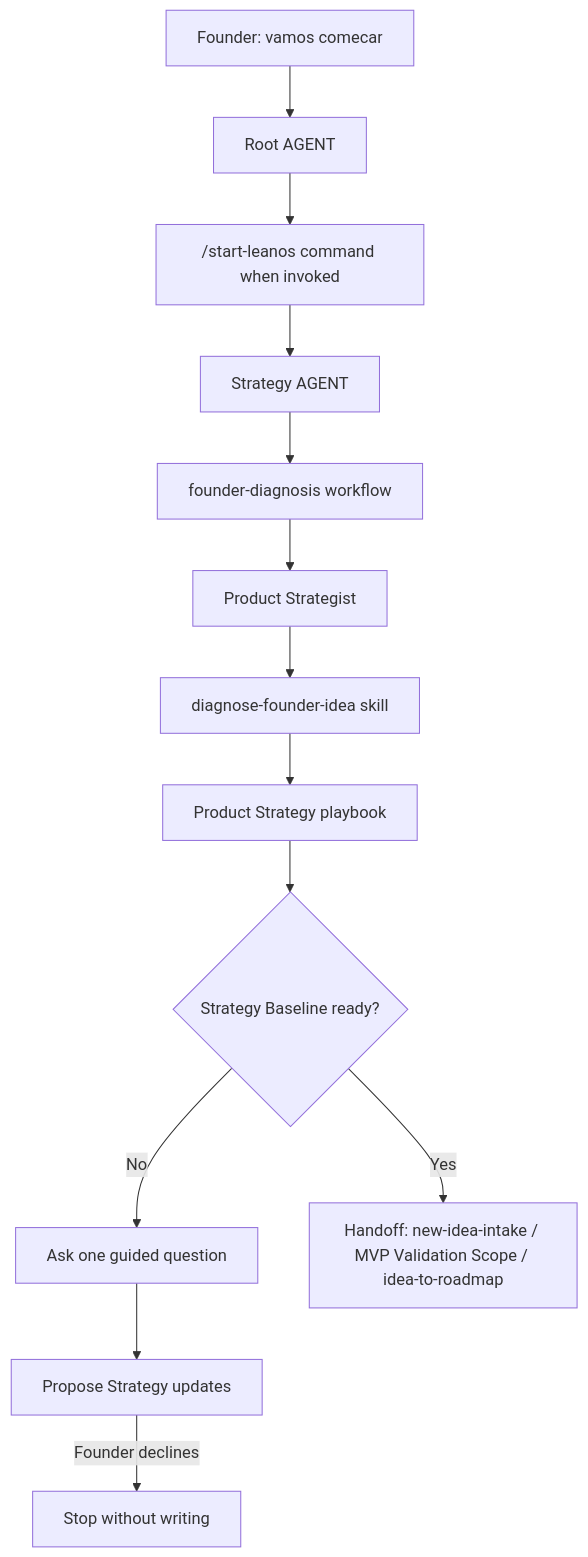
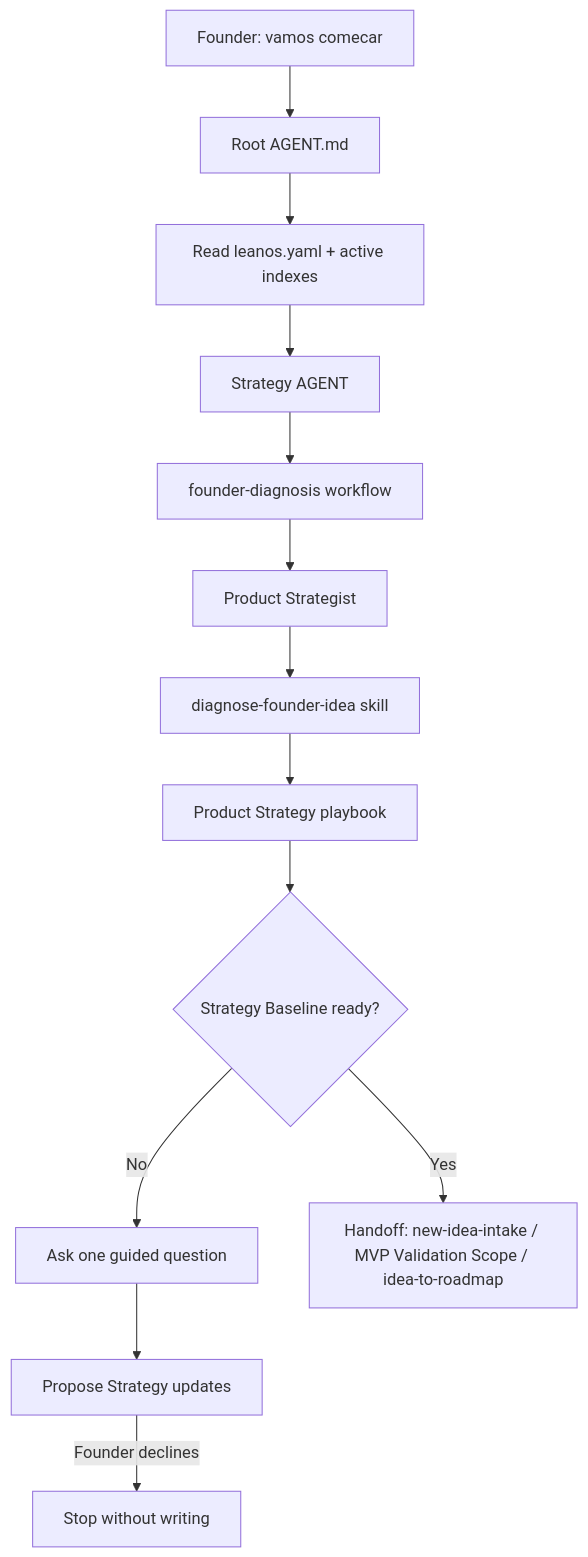
Before and after one commit to desousajhonny/leanOS: the diagram in docs/framework/founder-journeys/start-leanos.md, drawn with Mermaid. The commit also changed other lines of this file and 36 other files, not shown here.

````diff
--- a/docs/framework/founder-journeys/start-leanos.md
+++ b/docs/framework/founder-journeys/start-leanos.md
@@ -22,21 +22,21 @@
 ```mermaid
 flowchart TD
   A["Founder: vamos comecar"]
-  B["Root AGENT"]
-  C["/start-leanos command when invoked"]
+  B["Root AGENT.md"]
+  C["Read leanos.yaml + active indexes"]
   D["Strategy AGENT"]
   E["founder-diagnosis workflow"]
   F["Product Strategist"]
   G["diagnose-founder-idea skill"]
   H["Product Strategy playbook"]
   I{"Strategy Baseline ready?"}
   J["Ask one guided question"]
   K["Propose Strategy updates"]
   L["Handoff: new-idea-intake / MVP Validation Scope / idea-to-roadmap"]
   M["Stop without writing"]
 
   A --> B --> C --> D --> E --> F --> G --> H --> I
   I -->|No| J --> K
   I -->|Yes| L
   K -->|Founder declines| M
 ```
````
